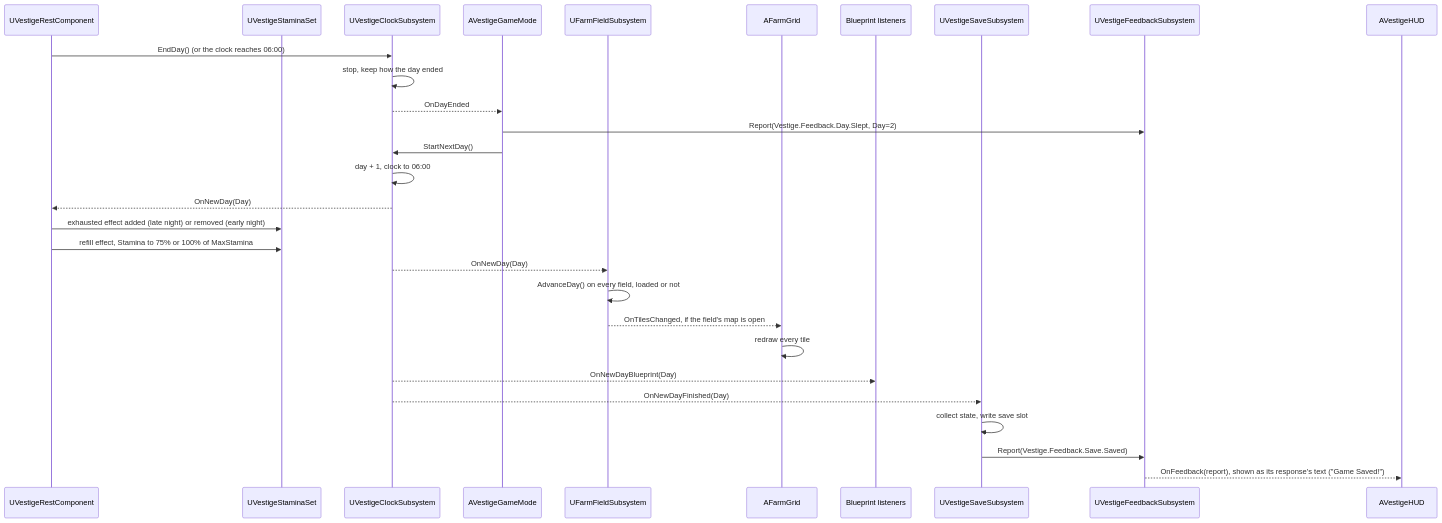
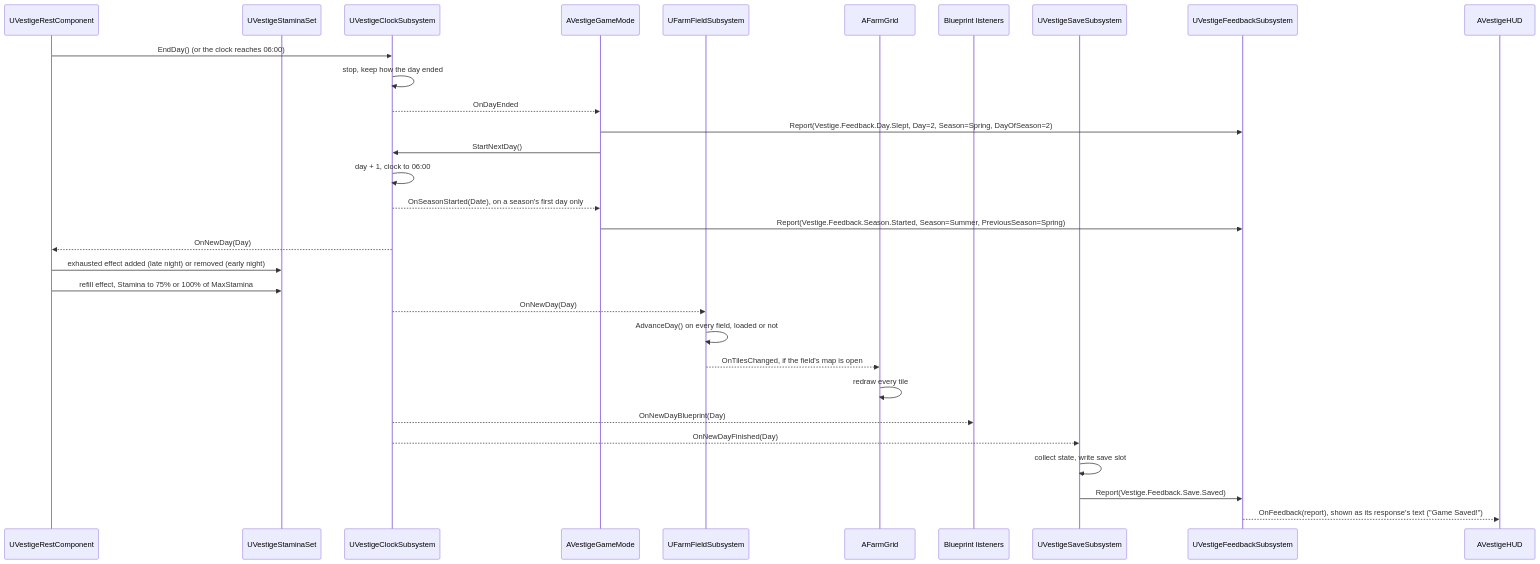
Before and after one commit to DunderGG/ProjectVestige: the second of 2 diagrams in Docs/Architecture.md, drawn with Mermaid. The commit also changed other lines of this file and 40 other files, not shown here.

````diff
--- a/Docs/Architecture.md
+++ b/Docs/Architecture.md
@@ -508,31 +511,33 @@
 ```mermaid
 sequenceDiagram
     participant Rest as UVestigeRestComponent
     participant Stamina as UVestigeStaminaSet
     participant Clock as UVestigeClockSubsystem
     participant GameMode as AVestigeGameMode
     participant Fields as UFarmFieldSubsystem
     participant Grid as AFarmGrid
     participant Blueprints as Blueprint listeners
     participant Save as UVestigeSaveSubsystem
     participant Feedback as UVestigeFeedbackSubsystem
     participant HUD as AVestigeHUD
     Rest->>Clock: EndDay() (or the clock reaches 06:00)
     Clock->>Clock: stop, keep how the day ended
     Clock-->>GameMode: OnDayEnded
-    GameMode->>Feedback: Report(Vestige.Feedback.Day.Slept, Day=2)
+    GameMode->>Feedback: Report(Vestige.Feedback.Day.Slept, Day=2, Season=Spring, DayOfSeason=2)
     GameMode->>Clock: StartNextDay()
     Clock->>Clock: day + 1, clock to 06:00
+    Clock-->>GameMode: OnSeasonStarted(Date), on a season's first day only
+    GameMode->>Feedback: Report(Vestige.Feedback.Season.Started, Season=Summer, PreviousSeason=Spring)
     Clock-->>Rest: OnNewDay(Day)
     Rest->>Stamina: exhausted effect added (late night) or removed (early night)
     Rest->>Stamina: refill effect, Stamina to 75% or 100% of MaxStamina
     Clock-->>Fields: OnNewDay(Day)
     Fields->>Fields: AdvanceDay() on every field, loaded or not
     Fields-->>Grid: OnTilesChanged, if the field's map is open
     Grid->>Grid: redraw every tile
     Clock-->>Blueprints: OnNewDayBlueprint(Day)
     Clock-->>Save: OnNewDayFinished(Day)
     Save->>Save: collect state, write save slot
     Save->>Feedback: Report(Vestige.Feedback.Save.Saved)
     Feedback-->>HUD: OnFeedback(report), shown as its response's text ("Game Saved!")
 ```
````
